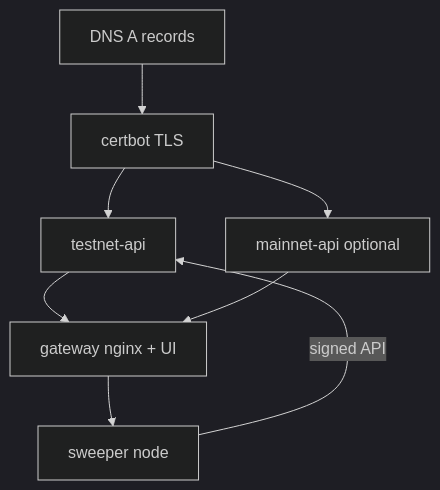
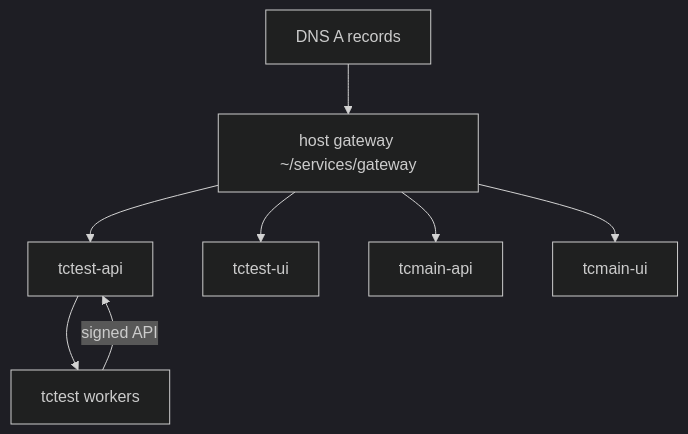
The diagram in system-tests/DEPLOYMENT.md (naiemk/onchain-invoice), drawn with Mermaid (dark theme) before and after one commit. The commit also changed other lines of this file and 209 other files, not shown here.

First line of the commit message:
Migrate deploy to vibed-infra 0.8 multi-tenant host gateway. (#61)

````diff
--- a/system-tests/DEPLOYMENT.md
+++ b/system-tests/DEPLOYMENT.md
@@ -15,10 +22,10 @@
 ```mermaid
 flowchart TB
-  dns[DNS A records] --> cert[certbot TLS]
-  cert --> apiT[testnet-api]
-  cert --> apiM[mainnet-api optional]
-  apiT --> gw[gateway nginx + UI]
-  apiM --> gw
-  gw --> node[sweeper node]
+  dns[DNS A records] --> gw[host gateway ~/services/gateway]
+  gw --> apiT[tctest-api]
+  gw --> uiT[tctest-ui]
+  gw --> apiM[tcmain-api]
+  gw --> uiM[tcmain-ui]
+  apiT --> node[tctest workers]
   node -->|signed API| apiT
 ```
````
